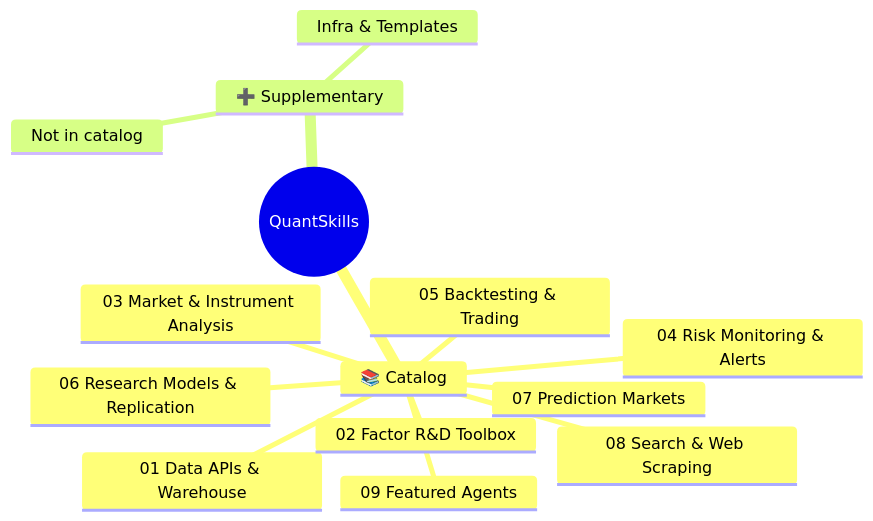
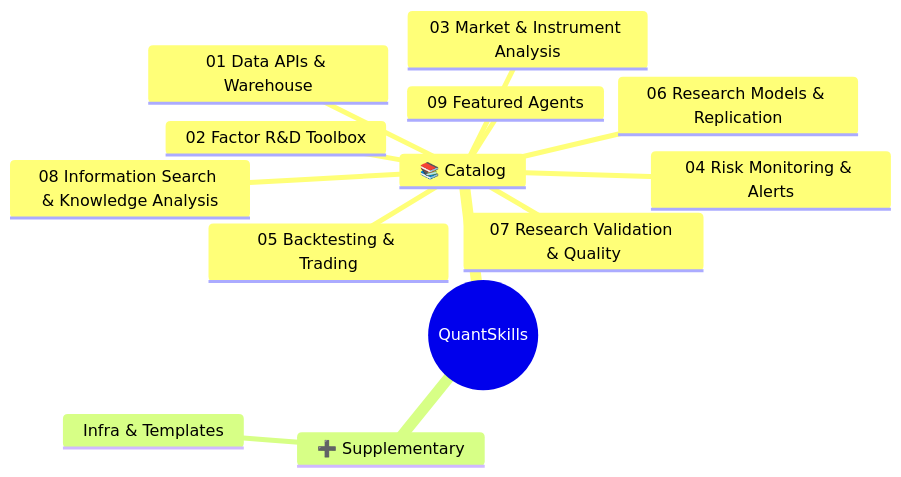
Before and after one commit to quantskills/quantskills: the diagram in README.en.md, drawn with Mermaid. The commit also changed other lines of this file and 3 other files, not shown here.

````diff
--- a/README.en.md
+++ b/README.en.md
@@ -14,17 +14,16 @@
 ```mermaid
 mindmap
   root((QuantSkills))
     📚 Catalog
       01 Data APIs & Warehouse
       02 Factor R&D Toolbox
       03 Market & Instrument Analysis
       04 Risk Monitoring & Alerts
       05 Backtesting & Trading
       06 Research Models & Replication
-      07 Prediction Markets
-      08 Search & Web Scraping
+      07 Research Validation & Quality
+      08 Information Search & Knowledge Analysis
       09 Featured Agents
     ➕ Supplementary
-      Not in catalog
       Infra & Templates
 ```
````
